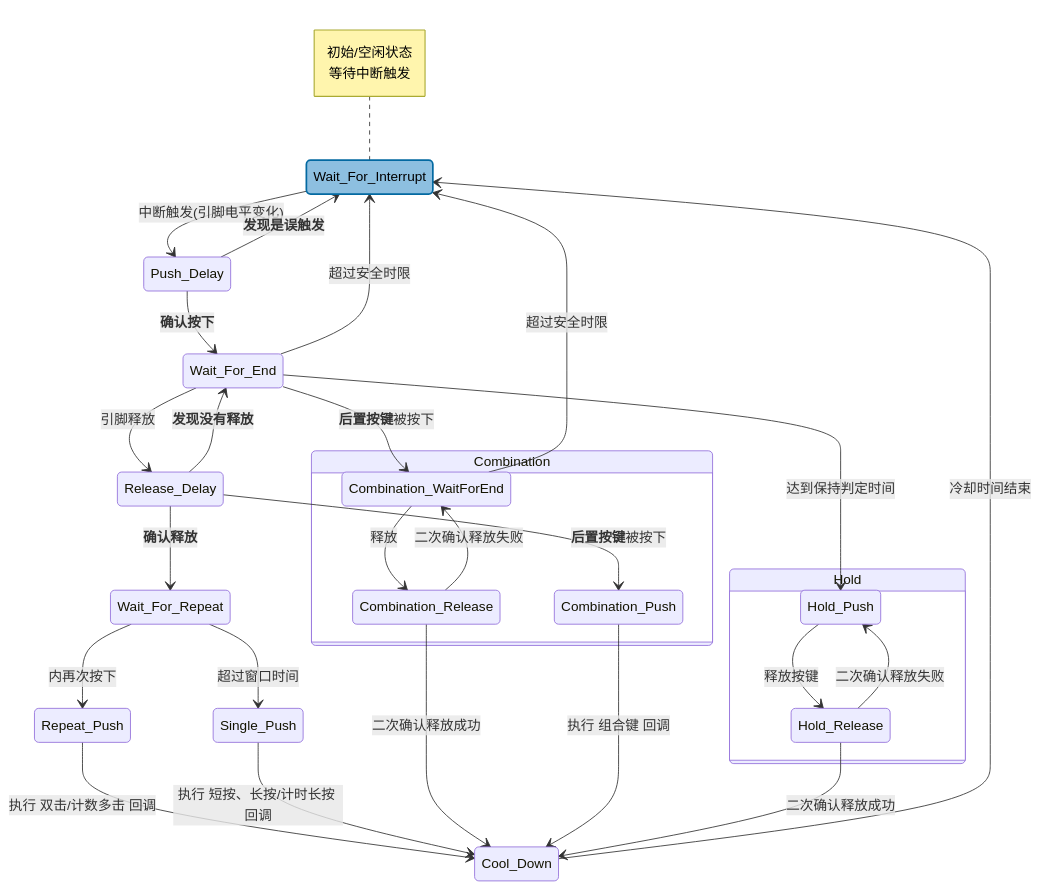
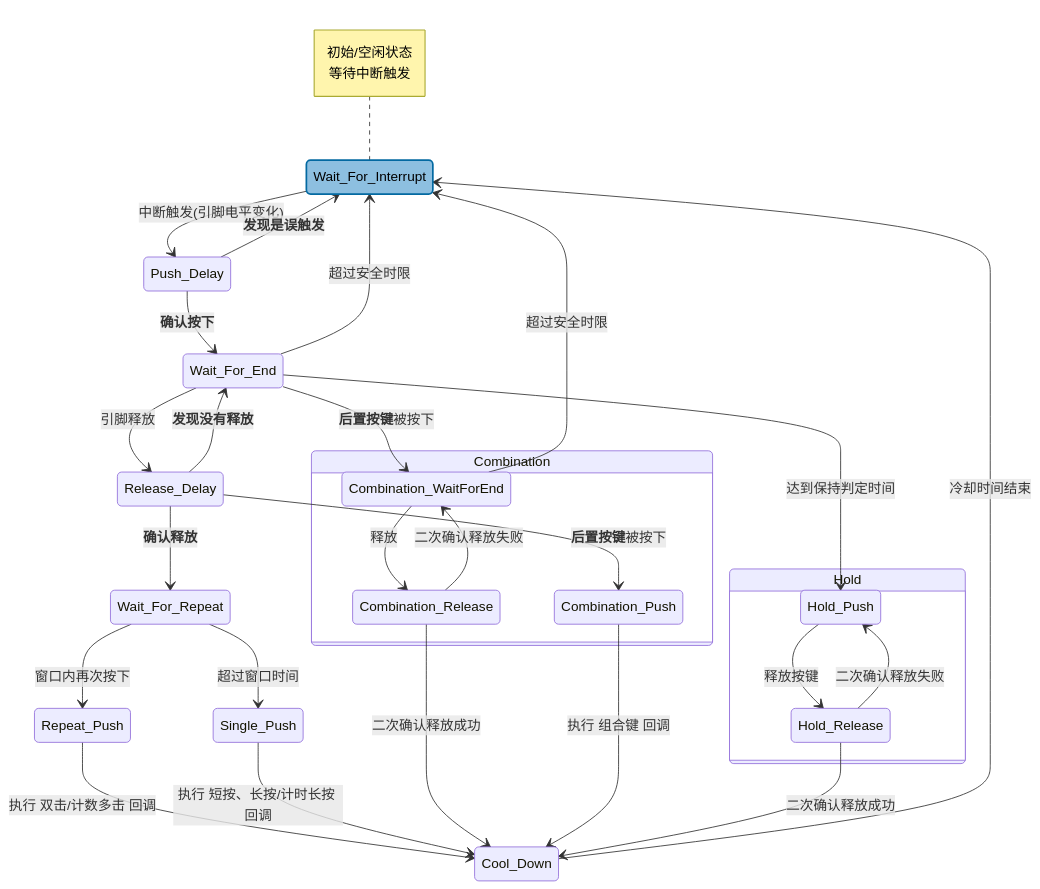
The diagram in README_zh.md (Kim-J-Smith/Simple-Button), drawn with Mermaid before and after one commit. The commit also changed other lines of this file and 5 other files, not shown here.

````diff
--- a/README_zh.md
+++ b/README_zh.md
@@ -661,58 +678,58 @@
 ```mermaid
 
 stateDiagram-v2
 
     classDef Begin_Point_State fill: #8dbfe0ff,stroke:#0369a1,stroke-width:2px,color:black
     class Wait_For_Interrupt Begin_Point_State
     
     %% 核心状态转换流程
     Wait_For_Interrupt --> Push_Delay: 中断触发(引脚电平变化)
     Push_Delay --> Wait_For_End: **确认按下**
     Push_Delay --> Wait_For_Interrupt: **发现是误触发**
     Wait_For_End --> Release_Delay: 引脚释放
     Release_Delay --> Wait_For_End: **发现没有释放**
     Release_Delay --> Wait_For_Repeat: **确认释放**
-    Wait_For_Repeat --> Repeat_Push: 内再次按下
+    Wait_For_Repeat --> Repeat_Push: 窗口内再次按下
     Wait_For_Repeat --> Single_Push: 超过窗口时间
     Repeat_Push --> Cool_Down: 执行 双击/计数多击 回调
     Single_Push --> Cool_Down: 执行 短按、长按/计时长按 回调
     Cool_Down --> Wait_For_Interrupt: 冷却时间结束
     
     %% 组合键状态转换（可选）
 
     Wait_For_End --> Combination_WaitForEnd: **后置按键**被按下
 
     state Combination {
         Combination_WaitForEnd
         Combination_Release
         Combination_Push
     }
 
     Combination_WaitForEnd --> Combination_Release: 释放
     Combination_Release --> Combination_WaitForEnd: 二次确认释放失败
     Combination_Release --> Cool_Down: 二次确认释放成功
 
     Release_Delay --> Combination_Push: **后置按键**被按下
     Combination_Push --> Cool_Down: 执行 组合键 回调
 
     state Hold {
         Hold_Push
         Hold_Release
     }
 
     Wait_For_End --> Hold_Push: 达到保持判定时间
     Hold_Push --> Hold_Release: 释放按键
     Hold_Release --> Hold_Push: 二次确认释放失败
     Hold_Release --> Cool_Down: 二次确认释放成功
 
     %% 错误处理/安全机制
     Wait_For_End --> Wait_For_Interrupt: 超过安全时限
     Combination_WaitForEnd --> Wait_For_Interrupt: 超过安全时限
     
     %% 状态说明
     note left of Wait_For_Interrupt
         初始/空闲状态
         等待中断触发
     end note
 
 ```
````
